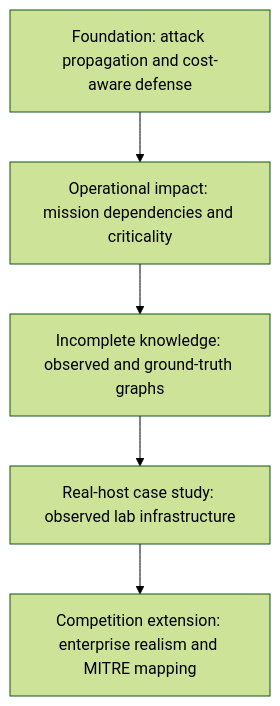
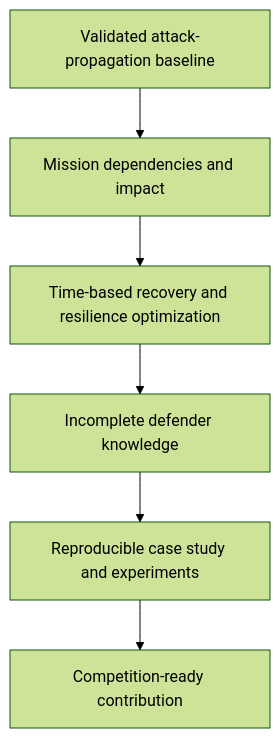
Before and after one commit to michalo1334/master_thesis: the diagram in docs/concepts/thesis-scope-roadmap.md, drawn with Mermaid (forest theme). The commit also changed other lines of this file, not shown here.

Commit message:
Refine thesis scope roadmap

````diff
--- a/docs/concepts/thesis-scope-roadmap.md
+++ b/docs/concepts/thesis-scope-roadmap.md
@@ -21,7 +70,8 @@
 ```mermaid
 flowchart TD
-  Foundation[Foundation: attack propagation and cost-aware defense] --> Impact[Operational impact: mission dependencies and criticality]
-  Impact --> Knowledge[Incomplete knowledge: observed and ground-truth graphs]
-  Knowledge --> CaseStudy[Real-host case study: observed lab infrastructure]
-  CaseStudy --> Competition[Competition extension: enterprise realism and MITRE mapping]
+  Foundation[Validated attack-propagation baseline] --> Impact[Mission dependencies and impact]
+  Impact --> Recovery[Time-based recovery and resilience optimization]
+  Recovery --> Knowledge[Incomplete defender knowledge]
+  Knowledge --> Evidence[Reproducible case study and experiments]
+  Evidence --> Competition[Competition-ready contribution]
 ```
````
